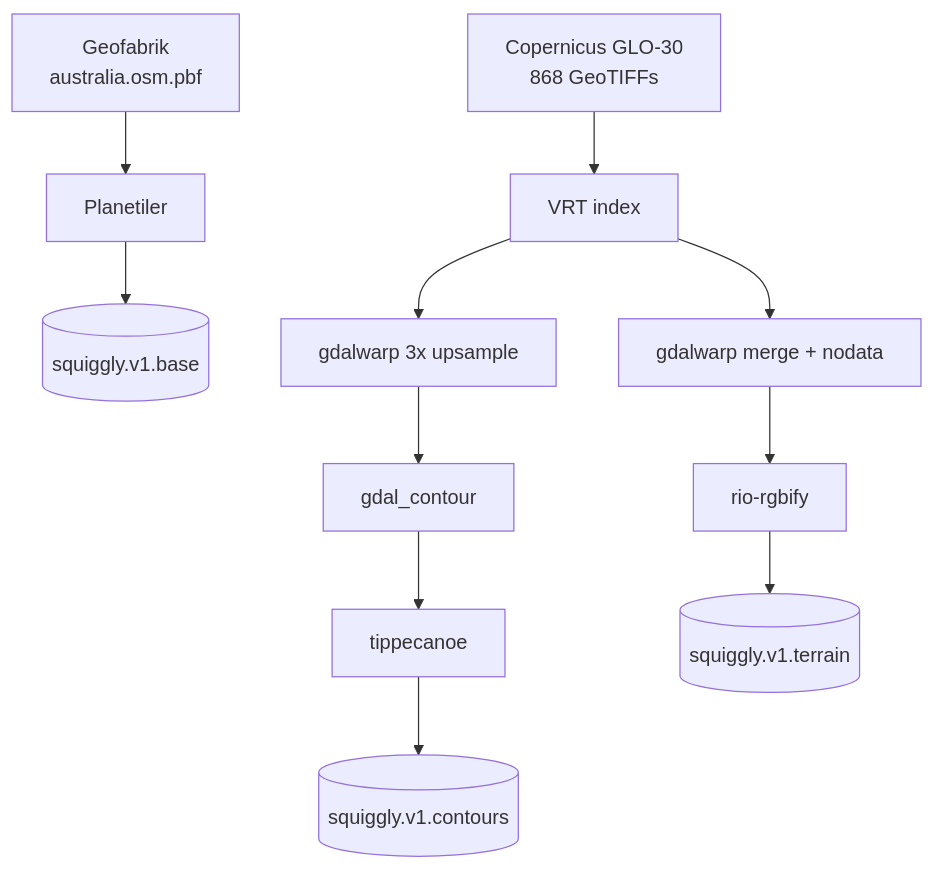
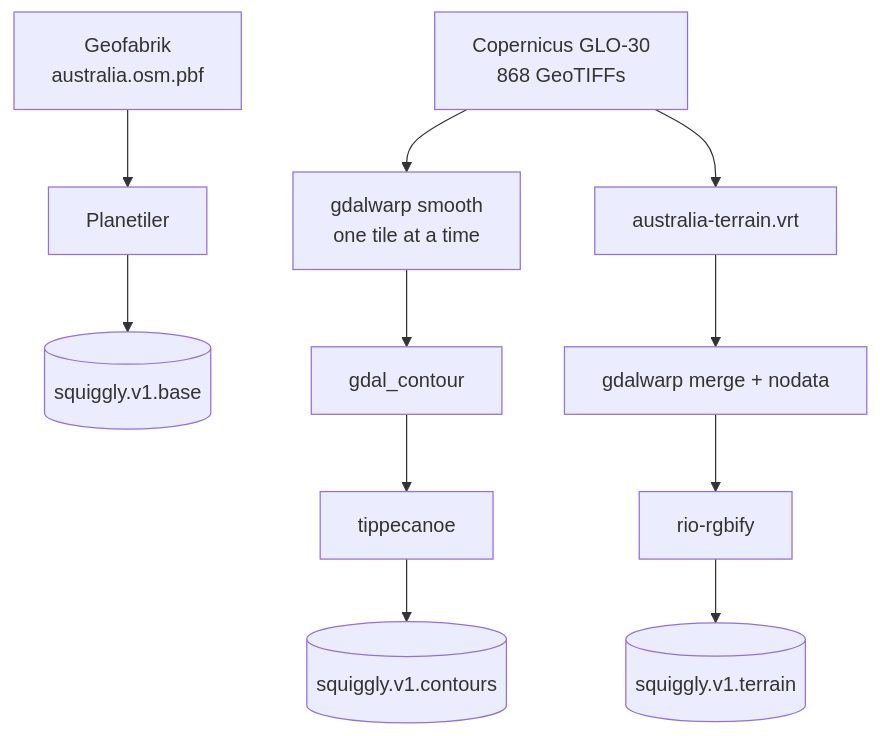
One commit to dtweedle/pgtiler changed the first of 7 diagrams in docs/GENERATION.md. Above: the diagram before and after it, drawn with Mermaid. The commit also changed other lines of this file and 15 other files, not shown here.

````diff
--- a/docs/GENERATION.md
+++ b/docs/GENERATION.md
@@ -33,7 +45,6 @@
 ```mermaid
 flowchart TD
-    G[Geofabrik<br/>australia.osm.pbf] --> P[Planetiler] --> B[("squiggly.v1.base")]
-    C[Copernicus GLO-30<br/>868 GeoTIFFs] --> V[VRT index]
-    V --> W1[gdalwarp 3x upsample] --> GC[gdal_contour] --> T[tippecanoe] --> CO[("squiggly.v1.contours")]
-    V --> W2[gdalwarp merge + nodata] --> RG[rio-rgbify] --> TE[("squiggly.v1.terrain")]
+    G["Geofabrik<br/>australia.osm.pbf"] --> P["Planetiler"] --> B[("squiggly.v1.base")]
+    C["Copernicus GLO-30<br/>868 GeoTIFFs"] --> W1["gdalwarp smooth<br/>one tile at a time"] --> GC["gdal_contour"] --> T["tippecanoe"] --> CO[("squiggly.v1.contours")]
+    C --> V["australia-terrain.vrt"] --> W2["gdalwarp merge + nodata"] --> RG["rio-rgbify"] --> TE[("squiggly.v1.terrain")]
 ```
````
